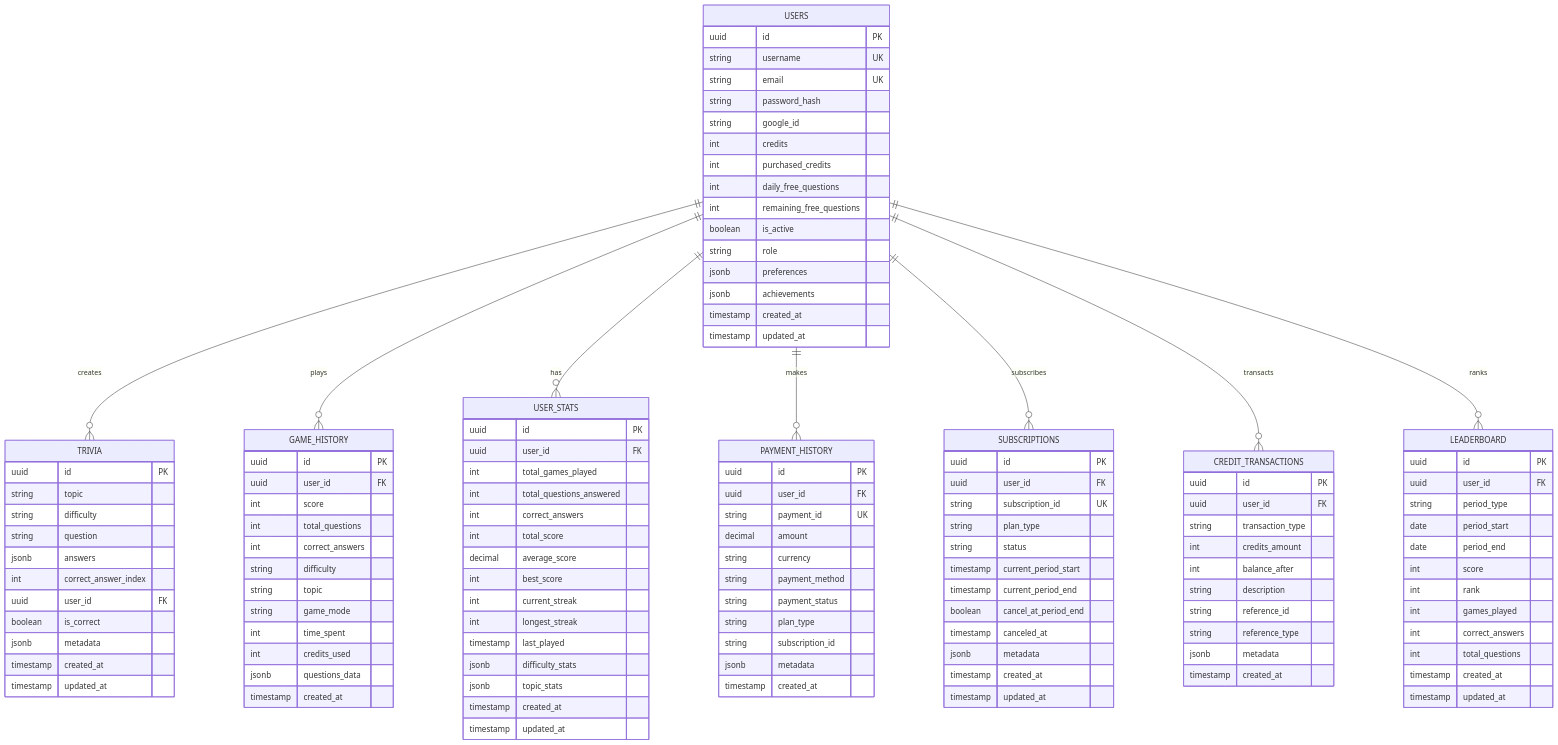
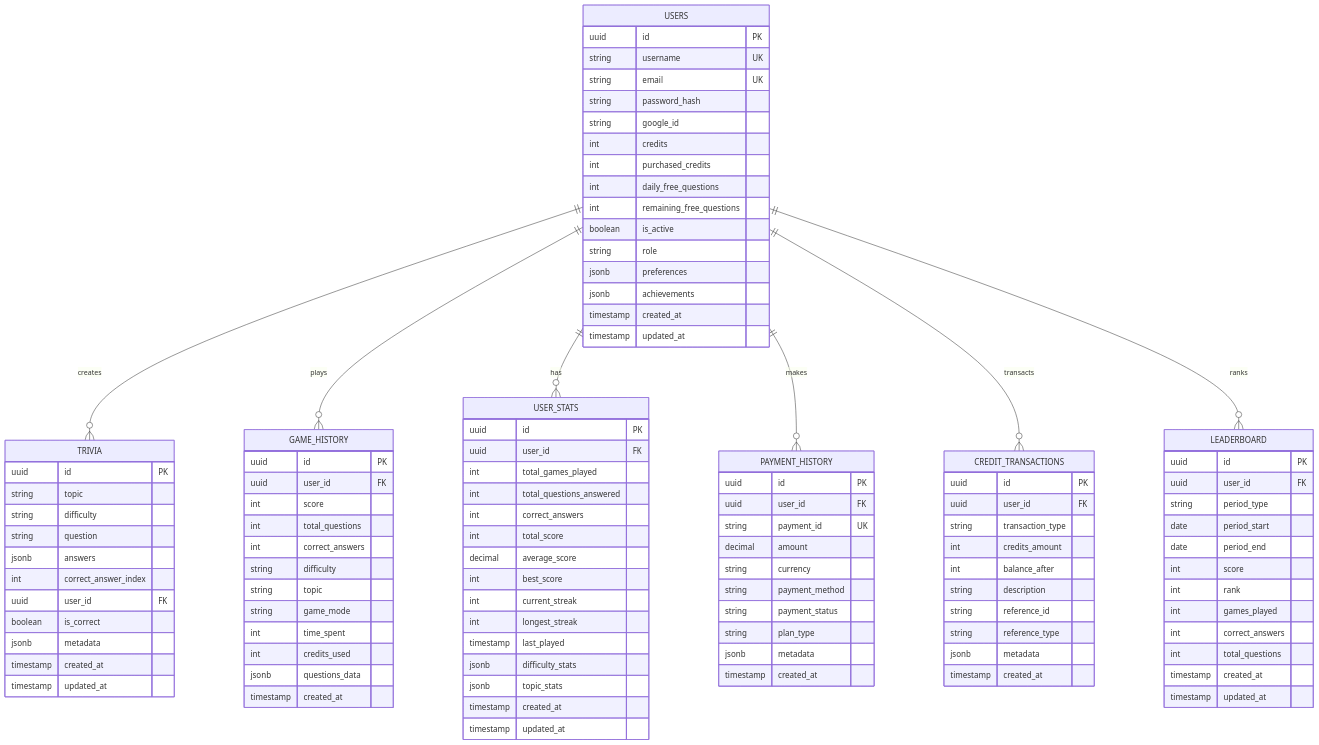
One commit to IsraelRub/EveryTriv changed the eighth of 28 diagrams in docs/DIAGRAMS.md. Above: the diagram before and after it, drawn with Mermaid. The commit also changed other lines of this file and 789 other files, not shown here.

```diff
--- a/docs/DIAGRAMS.md
+++ b/docs/DIAGRAMS.md
@@ -624,7 +611,6 @@
     USERS ||--o{ GAME_HISTORY : "plays"
     USERS ||--o{ USER_STATS : "has"
     USERS ||--o{ PAYMENT_HISTORY : "makes"
-    USERS ||--o{ SUBSCRIPTIONS : "subscribes"
     USERS ||--o{ CREDIT_TRANSACTIONS : "transacts"
     USERS ||--o{ LEADERBOARD : "ranks"
 
@@ -702,24 +688,8 @@
         string payment_method
         string payment_status
         string plan_type
-        string subscription_id
         jsonb metadata
         timestamp created_at
-    }
-
-    SUBSCRIPTIONS {
-        uuid id PK
-        uuid user_id FK
-        string subscription_id UK
-        string plan_type
-        string status
-        timestamp current_period_start
-        timestamp current_period_end
-        boolean cancel_at_period_end
-        timestamp canceled_at
-        jsonb metadata
-        timestamp created_at
-        timestamp updated_at
     }
 
     CREDIT_TRANSACTIONS {
```
